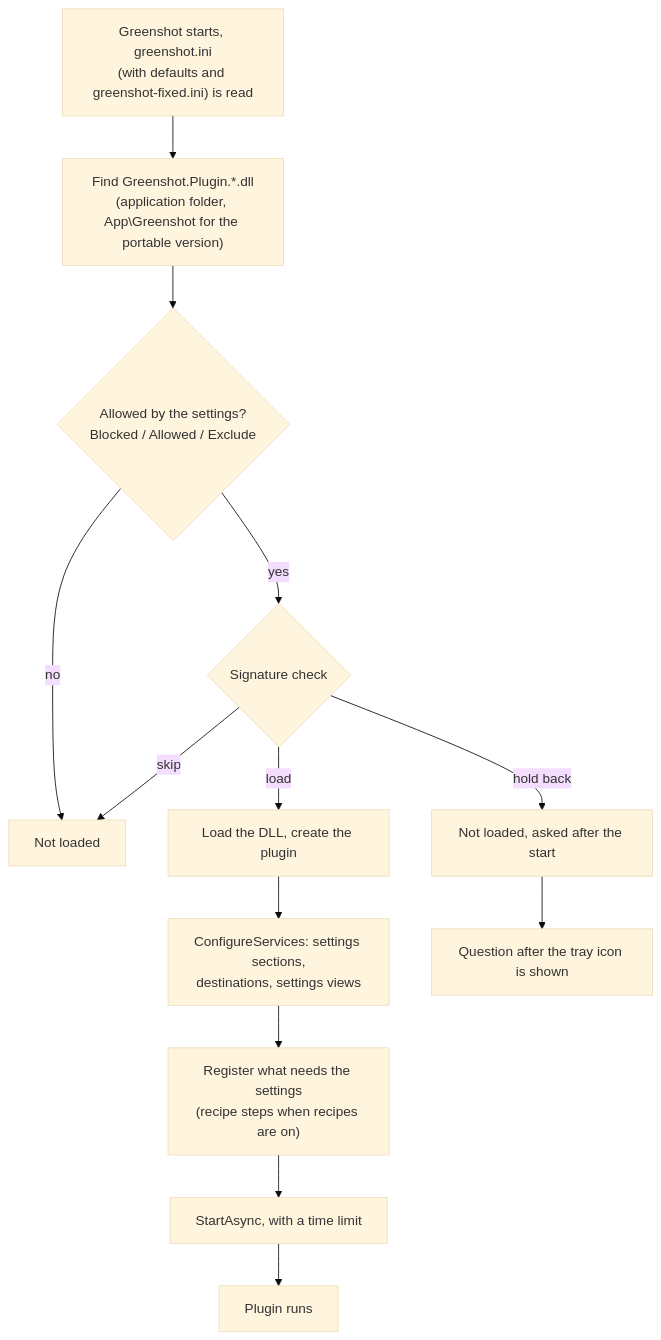
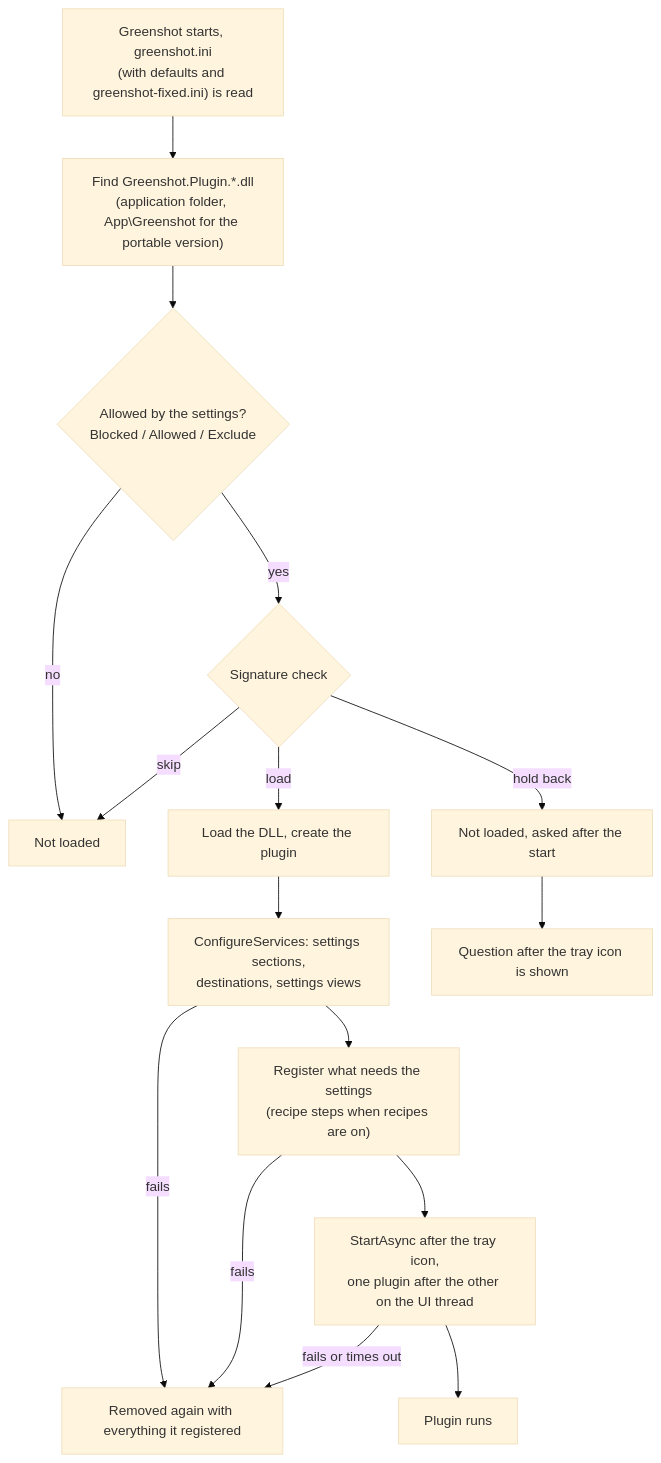
The first of 2 diagrams in docs/vNext/plugin-loading.md (greenshot/greenshot), drawn with Mermaid (base theme) before and after one commit. The commit also changed other lines of this file, not shown here.

Commit message:
Describe the plugin start after the tray icon in the loading docs
Claude-Session: https://claude.ai/code/session_01S8BqGZ8KnmgxAyw3e1yQFt

````diff
--- a/docs/vNext/plugin-loading.md
+++ b/docs/vNext/plugin-loading.md
@@ -9,15 +9,18 @@
 ```mermaid
 flowchart TD
     S["Greenshot starts, greenshot.ini<br/>(with defaults and greenshot-fixed.ini) is read"] --> F["Find Greenshot.Plugin.*.dll<br/>(application folder, App\Greenshot for the portable version)"]
     F --> R{"Allowed by the settings?<br/>Blocked / Allowed / Exclude"}
     R -- no --> X["Not loaded"]
     R -- yes --> G{"Signature check"}
     G -- load --> L["Load the DLL, create the plugin"]
     G -- skip --> X
     G -- hold back --> H["Not loaded, asked after the start"]
     L --> C["ConfigureServices: settings sections,<br/>destinations, settings views"]
     C --> D["Register what needs the settings<br/>(recipe steps when recipes are on)"]
-    D --> T["StartAsync, with a time limit"]
+    D --> T["StartAsync after the tray icon,<br/>one plugin after the other on the UI thread"]
     T --> RUN["Plugin runs"]
+    C -- fails --> OFF["Removed again with everything it registered"]
+    D -- fails --> OFF
+    T -- "fails or times out" --> OFF
     H --> Q["Question after the tray icon is shown"]
 ```
````
